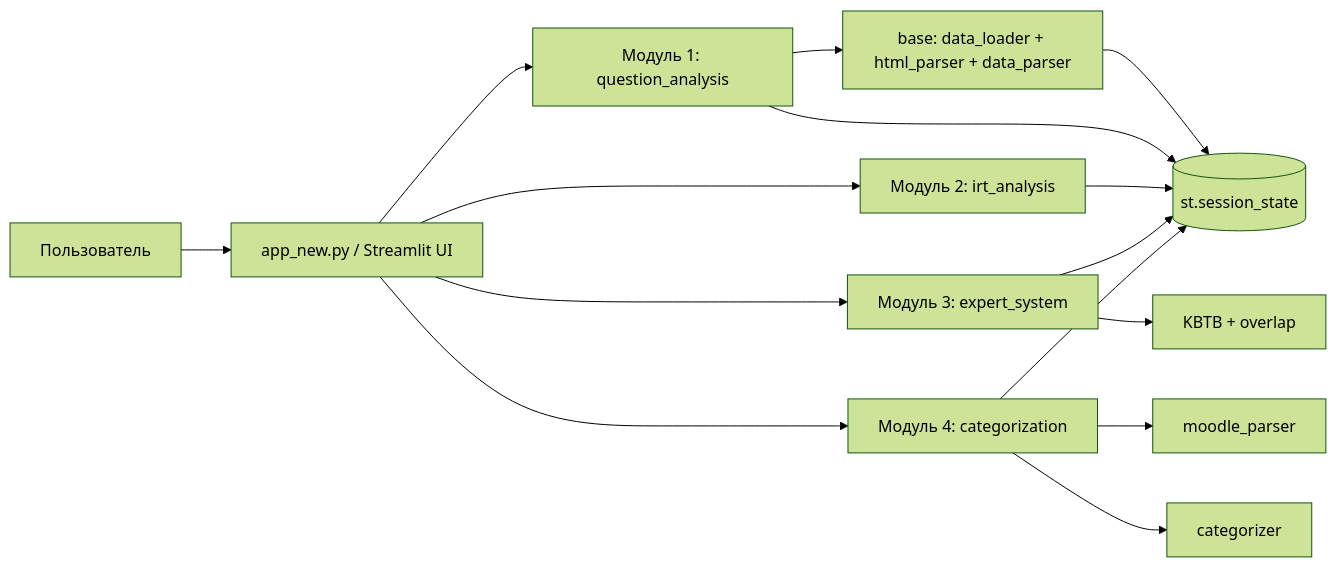
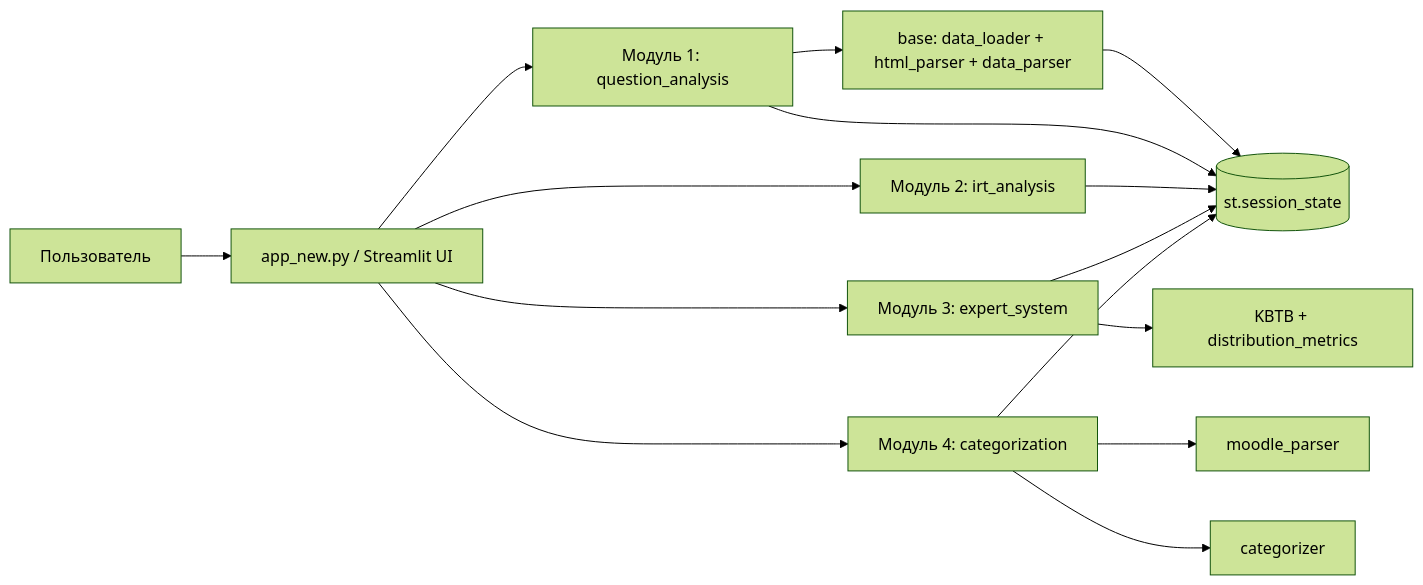
One commit to bagladin/LAppka changed the diagram in docs/ARCHITECTURE.md. Above: the diagram before and after it, drawn with Mermaid (forest theme). The commit also changed other lines of this file and 10 other files, not shown here.

````diff
--- a/docs/ARCHITECTURE.md
+++ b/docs/ARCHITECTURE.md
@@ -55,19 +55,19 @@
 ```mermaid
 flowchart LR
     U[Пользователь] --> A[app_new.py / Streamlit UI]
     A --> Q[Модуль 1: question_analysis]
     A --> I[Модуль 2: irt_analysis]
     A --> E[Модуль 3: expert_system]
     A --> C[Модуль 4: categorization]
 
     Q --> B[base: data_loader + html_parser + data_parser]
     C --> MP[moodle_parser]
     C --> CAT[categorizer]
-    E --> K[KBTB + overlap]
+    E --> K[KBTB + distribution_metrics]
 
     B --> S[(st.session_state)]
     Q --> S
     I --> S
     E --> S
     C --> S
 ```
````
